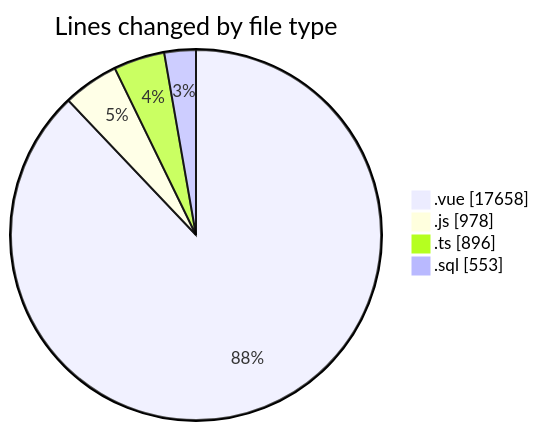
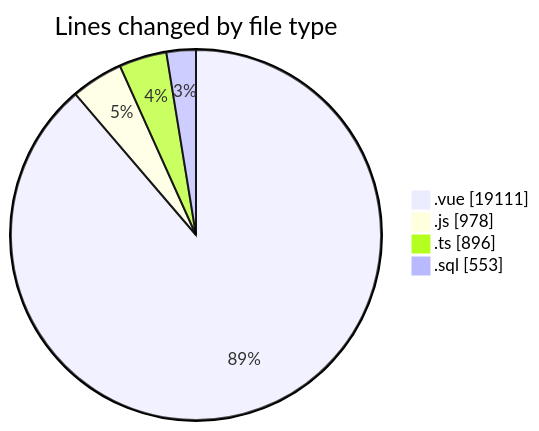
One commit to lephambinh05/code-tracking changed the first of 2 diagrams in 2025-08-13/rentotp/README.md. Above: the diagram before and after it, drawn with Mermaid. The commit also changed other lines of this file and 1 other file, not shown here.

````diff
--- a/2025-08-13/rentotp/README.md
+++ b/2025-08-13/rentotp/README.md
@@ -42,8 +42,8 @@
 ```mermaid
 pie showData
 title Lines changed by file type
-".vue" : 17658
+".vue" : 19111
 ".js" : 978
 ".ts" : 896
 ".sql" : 553
 ```
````
